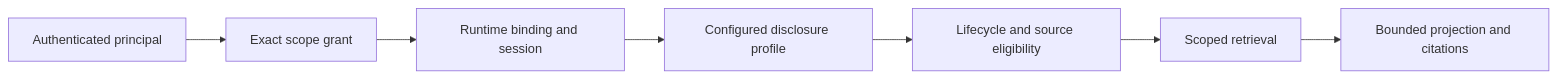
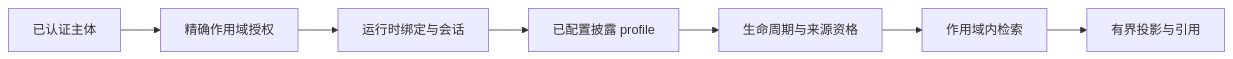
One commit to FelixSeptem/stele changed the second of 3 diagrams in docs/architecture.md. Above: the diagram before and after it, drawn with Mermaid. The commit also changed other lines of this file and 38 other files, not shown here.

````diff
--- a/docs/architecture.md
+++ b/docs/architecture.md
@@ -56,9 +48,9 @@
 ```mermaid
 flowchart LR
-    Principal[Authenticated principal] --> Grant[Exact scope grant]
-    Grant --> Binding[Runtime binding and session]
-    Binding --> Profile[Configured disclosure profile]
-    Profile --> Eligible[Lifecycle and source eligibility]
-    Eligible --> Retrieve[Scoped retrieval]
-    Retrieve --> Project[Bounded projection and citations]
+    Principal[已认证主体] --> Grant[精确作用域授权]
+    Grant --> Binding[运行时绑定与会话]
+    Binding --> Profile[已配置披露 profile]
+    Profile --> Eligible[生命周期与来源资格]
+    Eligible --> Retrieve[作用域内检索]
+    Retrieve --> Project[有界投影与引用]
 ```
````
